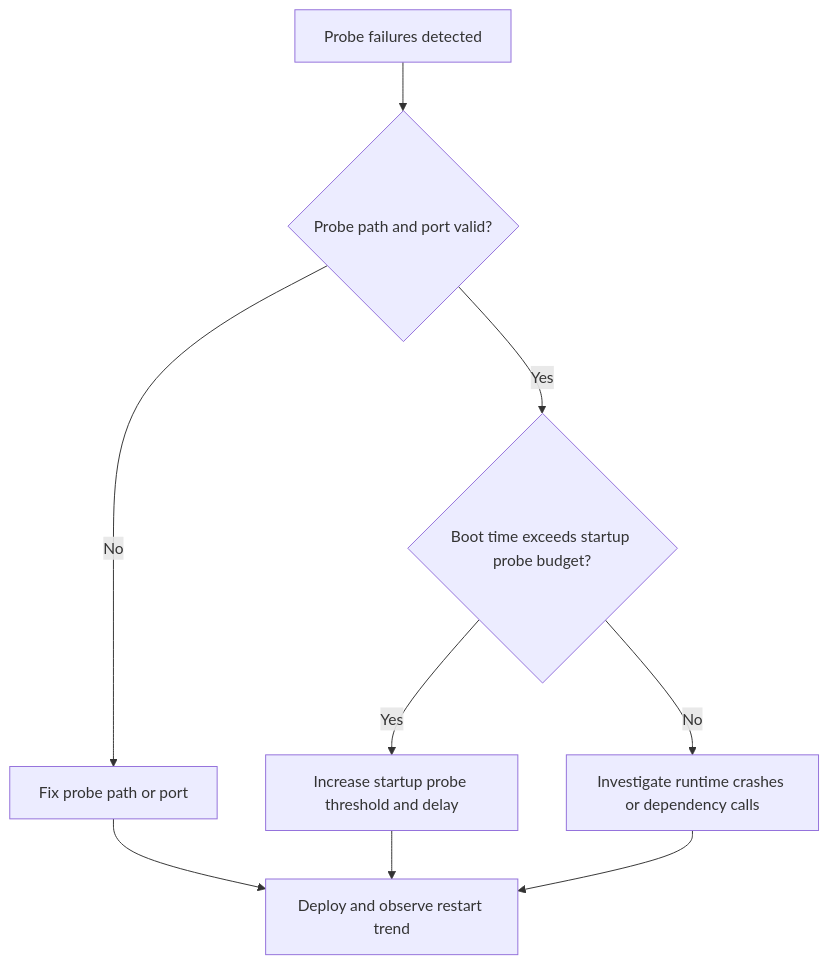
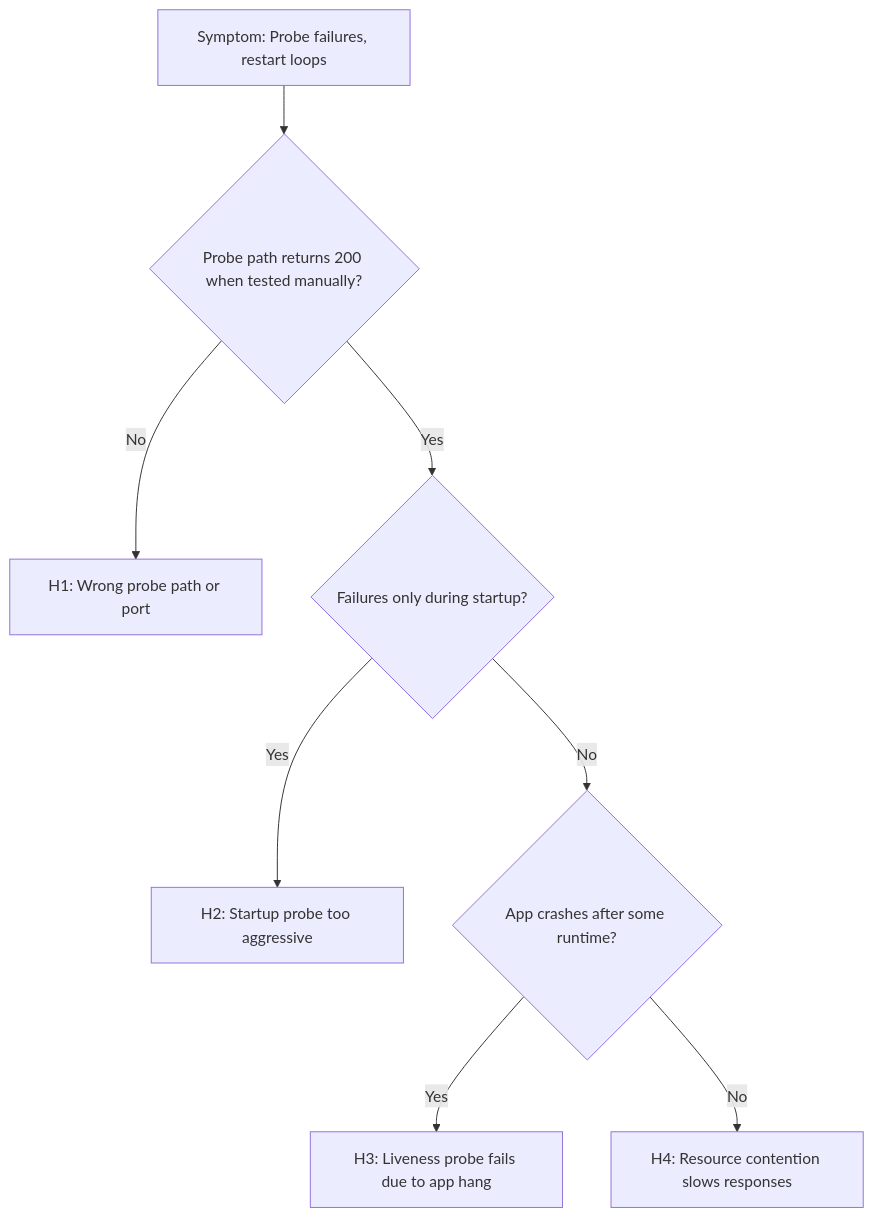
Before and after one commit to yeongseon/azure-container-apps-practical-guide: the diagram in docs/troubleshooting/playbooks/startup-and-provisioning/probe-failure-and-slow-start.md, drawn with Mermaid. The commit also changed other lines of this file and 22 other files, not shown here.

````diff
--- a/docs/troubleshooting/playbooks/startup-and-provisioning/probe-failure-and-slow-start.md
+++ b/docs/troubleshooting/playbooks/startup-and-provisioning/probe-failure-and-slow-start.md
@@ -73,11 +15,10 @@
 ```mermaid
-flowchart TD
-    A[Probe failures detected] --> B{Probe path and port valid?}
-    B -->|No| C[Fix probe path or port]
-    B -->|Yes| D{Boot time exceeds startup probe budget?}
-    D -->|Yes| E[Increase startup probe threshold and delay]
-    D -->|No| F[Investigate runtime crashes or dependency calls]
-    C --> G[Deploy and observe restart trend]
-    E --> G
-    F --> G
+graph TD
+    A[Symptom: Probe failures, restart loops] --> B{Probe path returns 200 when tested manually?}
+    B -->|No| H1[H1: Wrong probe path or port]
+    B -->|Yes| C{Failures only during startup?}
+    C -->|Yes| H2[H2: Startup probe too aggressive]
+    C -->|No| D{App crashes after some runtime?}
+    D -->|Yes| H3[H3: Liveness probe fails due to app hang]
+    D -->|No| H4[H4: Resource contention slows responses]
 ```
````
